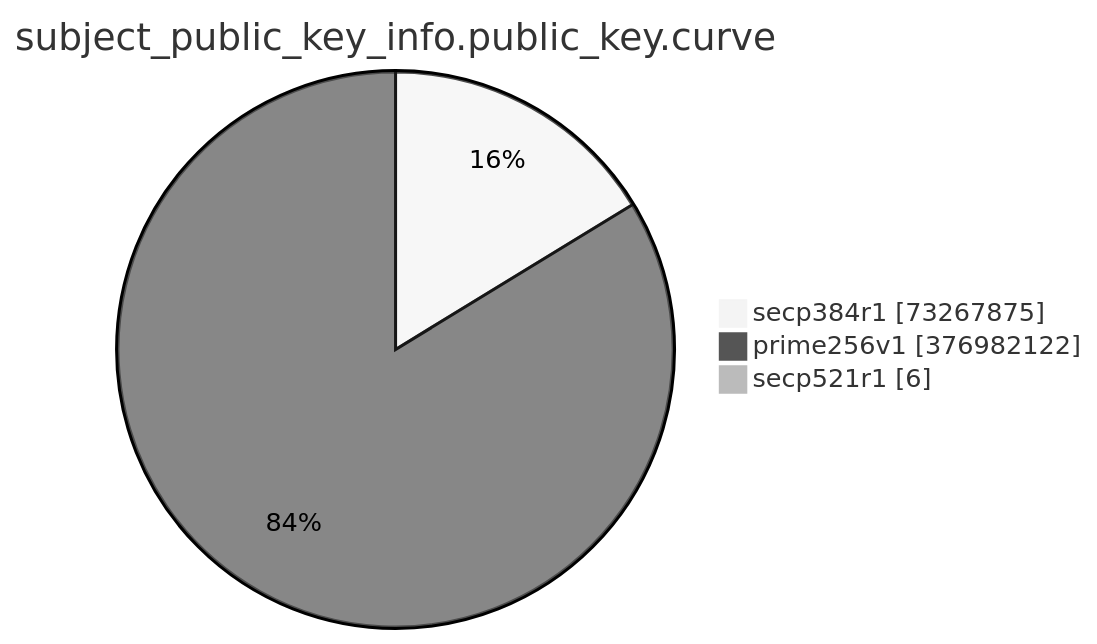
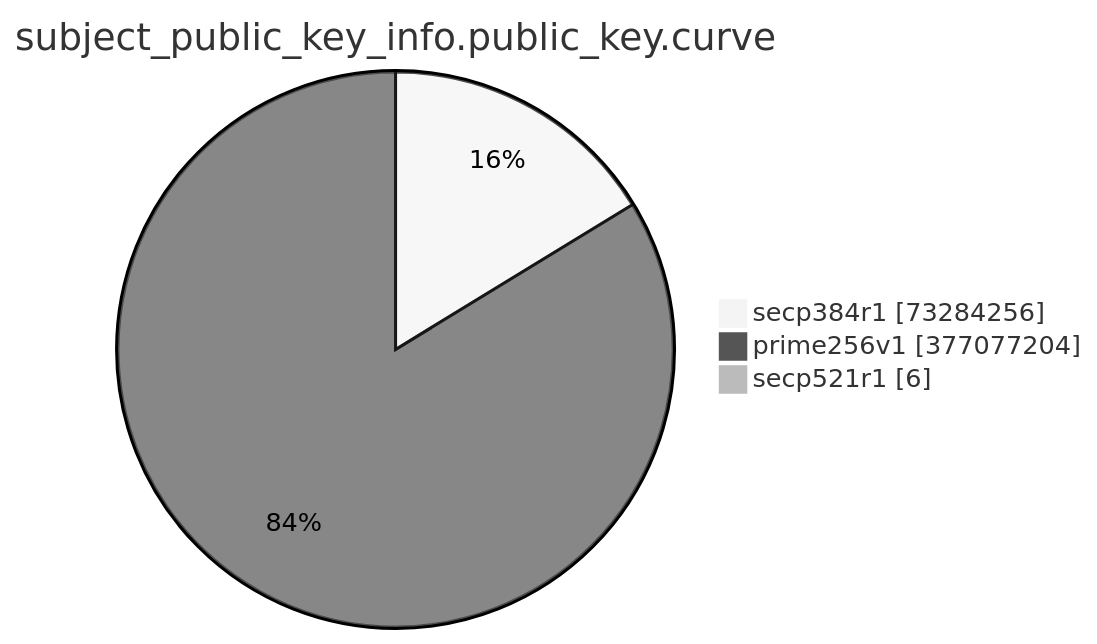
One commit to christiankrug/ctmonitor_visualization changed the eighth of 15 diagrams in TOTAL/README.md. Above: the diagram before and after it, drawn with Mermaid (neutral theme). The commit also changed other lines of this file, not shown here.

````diff
--- a/TOTAL/README.md
+++ b/TOTAL/README.md
@@ -3094,7 +3094,7 @@
 ```mermaid
 pie showData
 title subject_public_key_info.public_key.curve
-"secp384r1" :73267875
-"prime256v1" :376982122
+"secp384r1" :73284256
+"prime256v1" :377077204
 "secp521r1" :6
 ```
````
